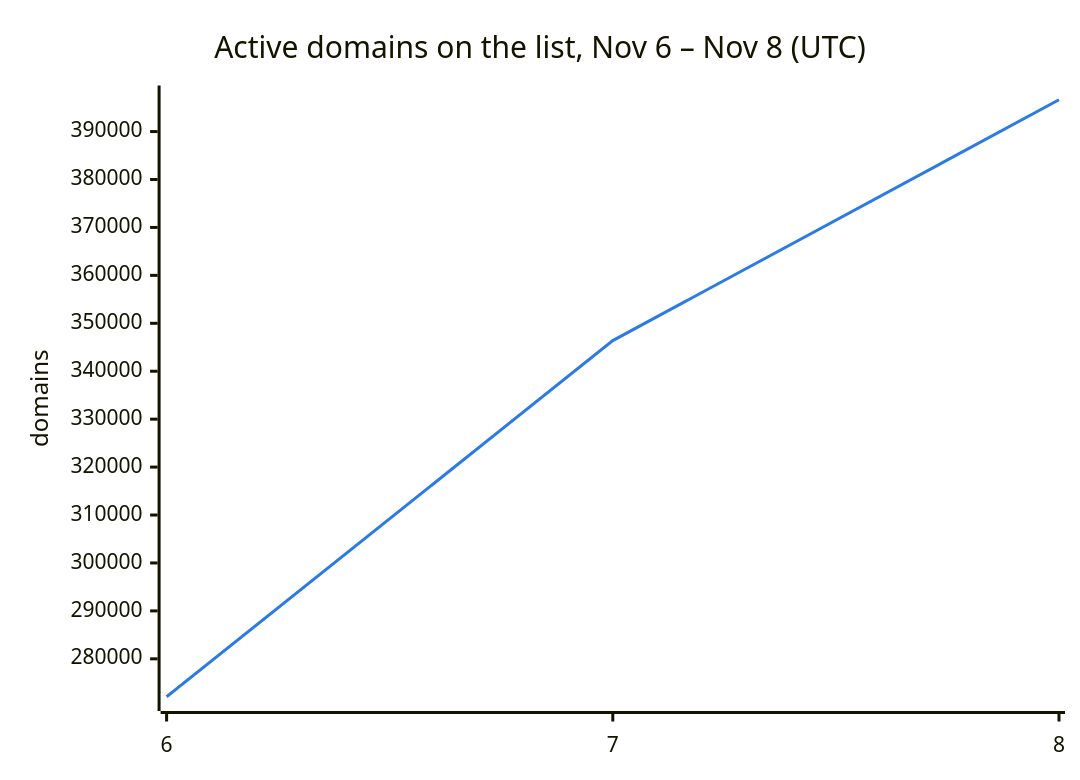
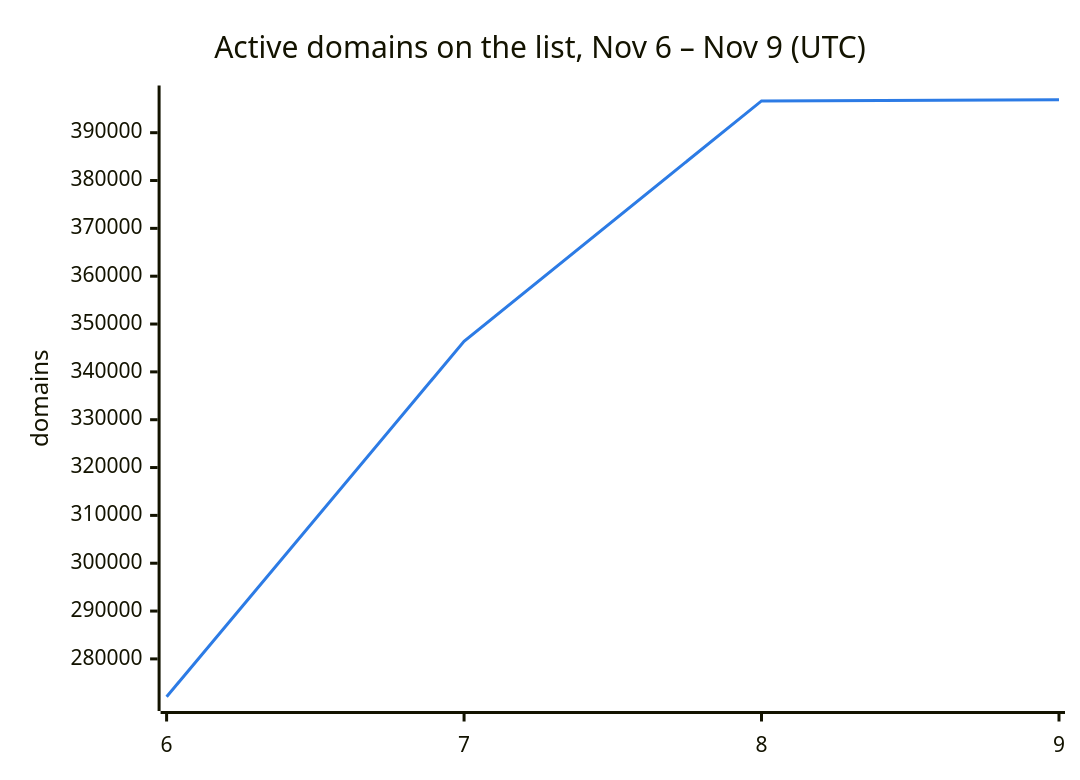
The second of 3 diagrams in README.md (DNSBunker/CTI), drawn with Mermaid before and after one commit. The commit also changed other lines of this file and 3 other files, not shown here.

First line of the commit message:
Update 2026-11-09 00:11 UTC: 396886 domains

````diff
--- a/README.md
+++ b/README.md
@@ -38,8 +38,8 @@
 ```mermaid
 %%{init: {"themeVariables": {"xyChart": {"plotColorPalette": "#2c7be5"}}}}%%
 xychart-beta
-    title "Active domains on the list, Nov 6 – Nov 8 (UTC)"
-    x-axis ["6", "7", "8"]
+    title "Active domains on the list, Nov 6 – Nov 9 (UTC)"
+    x-axis ["6", "7", "8", "9"]
     y-axis "domains"
-    line [272088, 346388, 396638]
+    line [272088, 346388, 396638, 396886]
 ```
````
